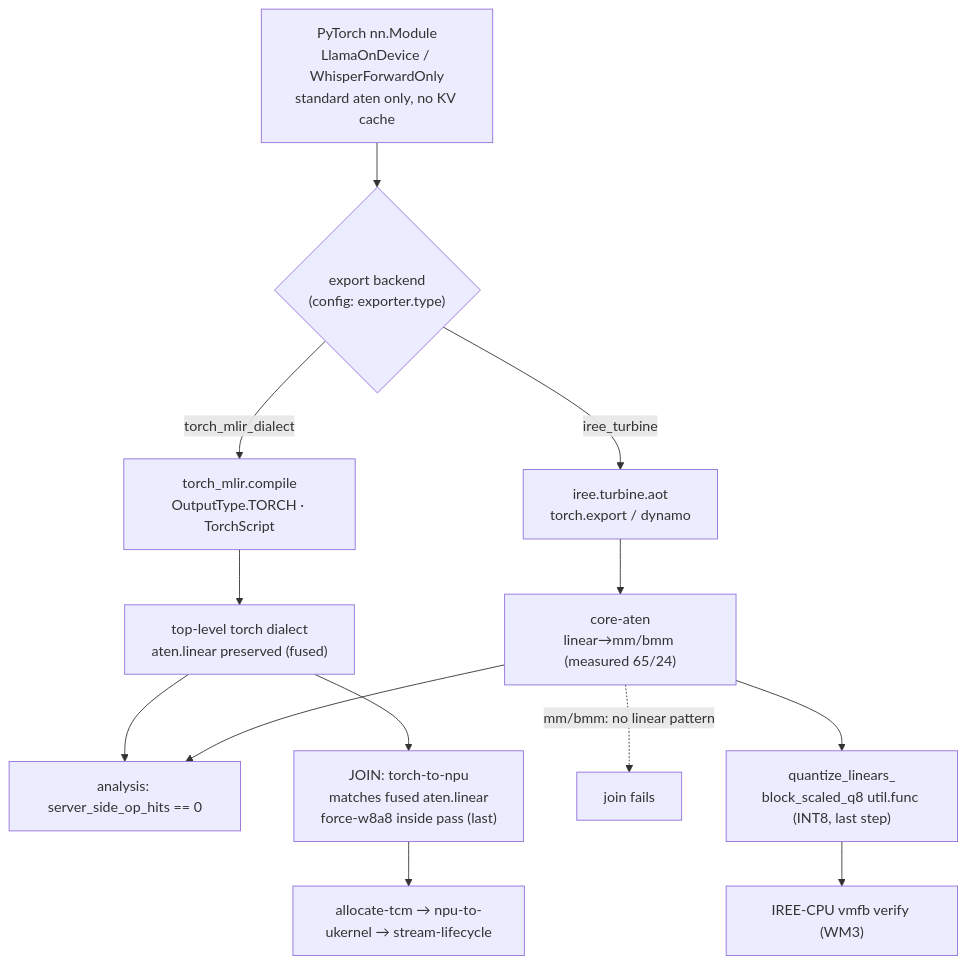
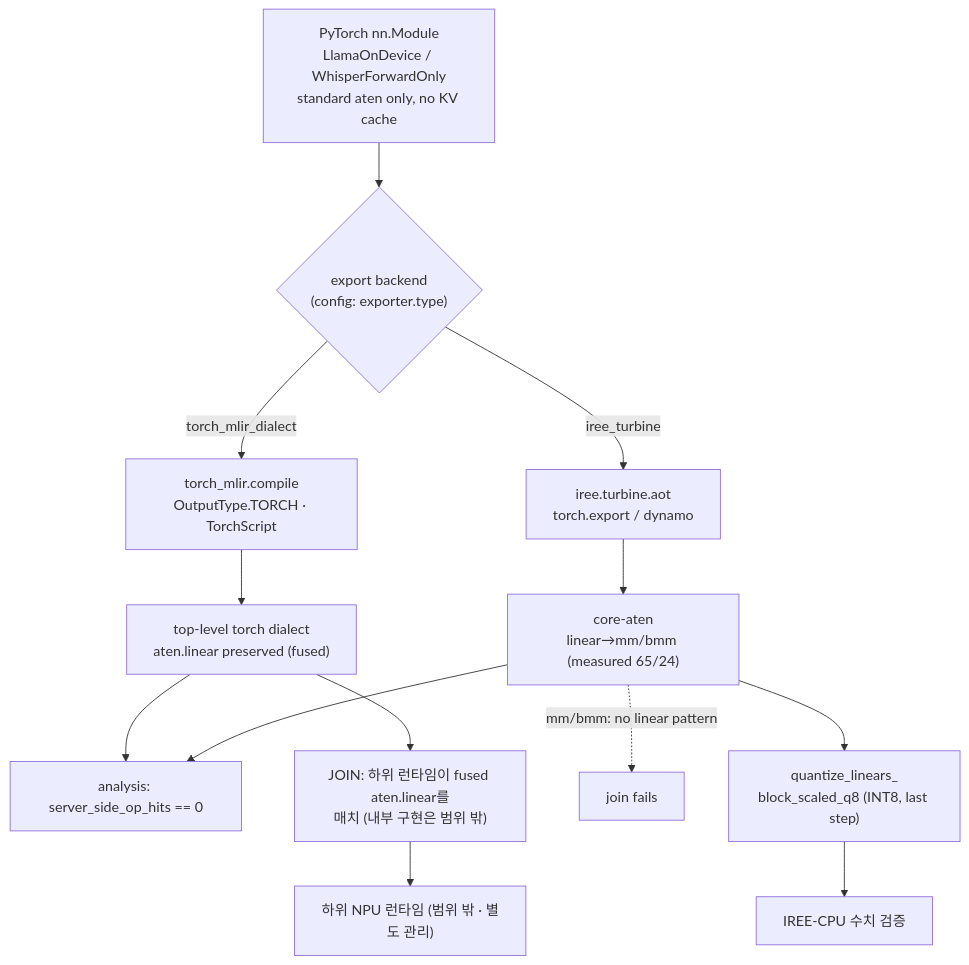
One commit to bhseo98/Zoo changed the third of 3 diagrams in docs/ARCHITECTURE.md. Above: the diagram before and after it, drawn with Mermaid. The commit also changed other lines of this file and 7 other files, not shown here.

````diff
--- a/docs/ARCHITECTURE.md
+++ b/docs/ARCHITECTURE.md
@@ -264,15 +250,15 @@
 ```mermaid
 flowchart TD
     M["PyTorch nn.Module<br/>LlamaOnDevice / WhisperForwardOnly<br/>standard aten only, no KV cache"] --> SEL{"export backend<br/>(config: exporter.type)"}
     SEL -->|torch_mlir_dialect| A["torch_mlir.compile<br/>OutputType.TORCH · TorchScript"]
     SEL -->|iree_turbine| B["iree.turbine.aot<br/>torch.export / dynamo"]
     A --> AT["top-level torch dialect<br/>aten.linear preserved (fused)"]
     B --> BT["core-aten<br/>linear→mm/bmm (measured 65/24)"]
     AT --> ANA["analysis: server_side_op_hits == 0"]
     BT --> ANA
-    AT --> JOIN["JOIN: torch-to-npu<br/>matches fused aten.linear<br/>force-w8a8 inside pass (last)"]
-    JOIN --> UK["allocate-tcm → npu-to-ukernel → stream-lifecycle"]
+    AT --> JOIN["JOIN: 하위 런타임이 fused aten.linear를<br/>매치 (내부 구현은 범위 밖)"]
+    JOIN --> UK["하위 NPU 런타임 (범위 밖 · 별도 관리)"]
     BT -. "mm/bmm: no linear pattern" .-> XJOIN["join fails"]
-    BT --> Q["quantize_linears_<br/>block_scaled_q8 util.func (INT8, last step)"]
-    Q --> IREE["IREE-CPU vmfb verify (WM3)"]
+    BT --> Q["quantize_linears_<br/>block_scaled_q8 (INT8, last step)"]
+    Q --> IREE["IREE-CPU 수치 검증"]
 ```
````
